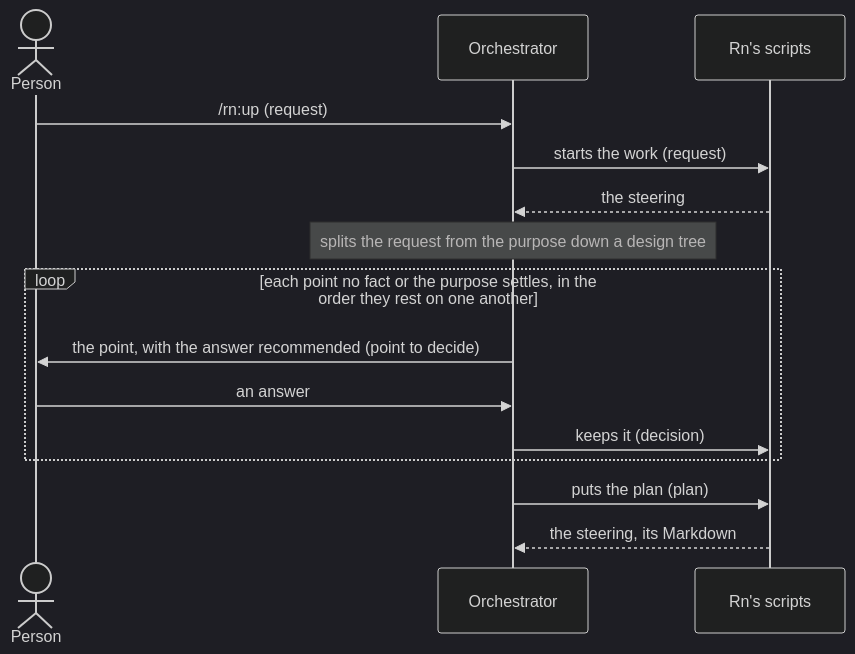
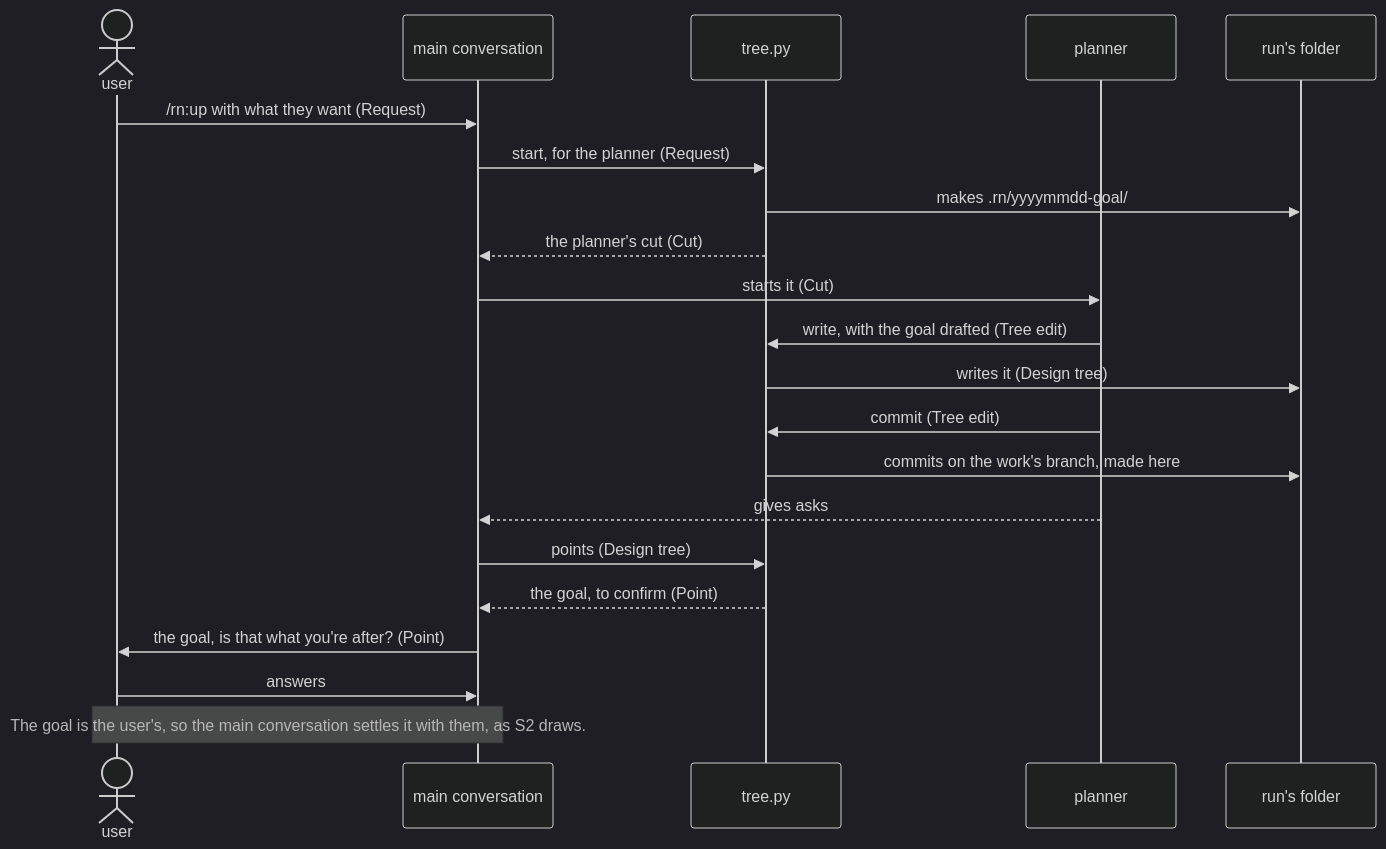
Before and after one commit to lovaizu/ccpm: the first of 5 diagrams in dev/rn/architecture.md, drawn with Mermaid (dark theme). The commit also changed other lines of this file and 5 other files, not shown here.

````diff
--- a/dev/rn/architecture.md
+++ b/dev/rn/architecture.md
@@ -113,17 +236,23 @@
 ```mermaid
 sequenceDiagram
-  actor U as Person
-  participant O as Orchestrator
-  participant S as Rn's scripts
-  U->>O: /rn:up (request)
-  O->>S: starts the work (request)
-  S-->>O: the steering
-  Note over O: splits the request from the purpose down a design tree
-  loop each point no fact or the purpose settles, in the order they rest on one another
-    O->>U: the point, with the answer recommended (point to decide)
-    U->>O: an answer
-    O->>S: keeps it (decision)
-  end
-  O->>S: puts the plan (plan)
-  S-->>O: the steering, its Markdown
+  actor U as user
+  participant M as main conversation
+  participant T as tree.py
+  participant P as planner
+  participant R as run's folder
+  U->>M: /rn:up with what they want (Request)
+  M->>T: start, for the planner (Request)
+  T->>R: makes .rn/yyyymmdd-goal/
+  T-->>M: the planner's cut (Cut)
+  M->>P: starts it (Cut)
+  P->>T: write, with the goal drafted (Tree edit)
+  T->>R: writes it (Design tree)
+  P->>T: commit (Tree edit)
+  T->>R: commits on the work's branch, made here
+  P-->>M: gives asks
+  M->>T: points (Design tree)
+  T-->>M: the goal, to confirm (Point)
+  M->>U: the goal, is that what you're after? (Point)
+  U->>M: answers
+  Note over U,M: The goal is the user's, so the main conversation settles it with them, as S2 draws.
 ```
````
